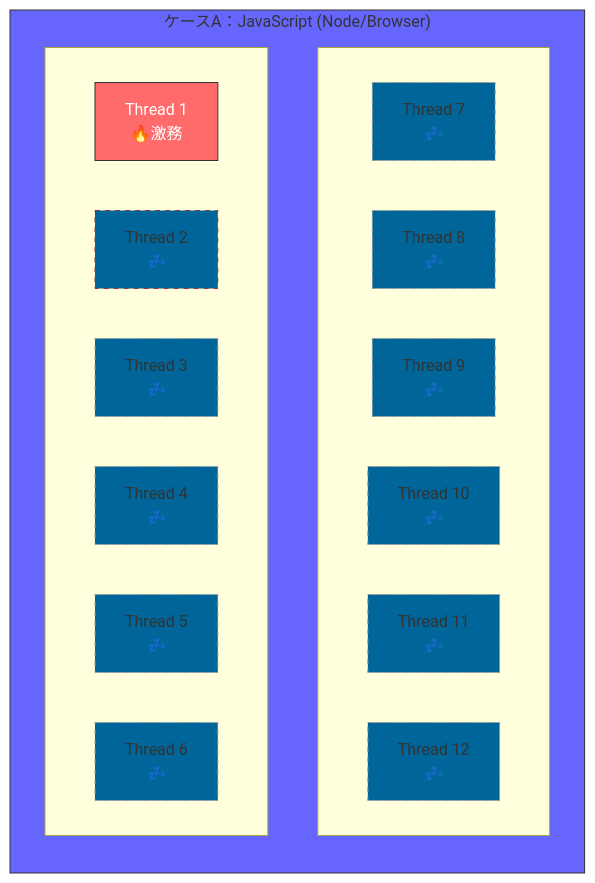
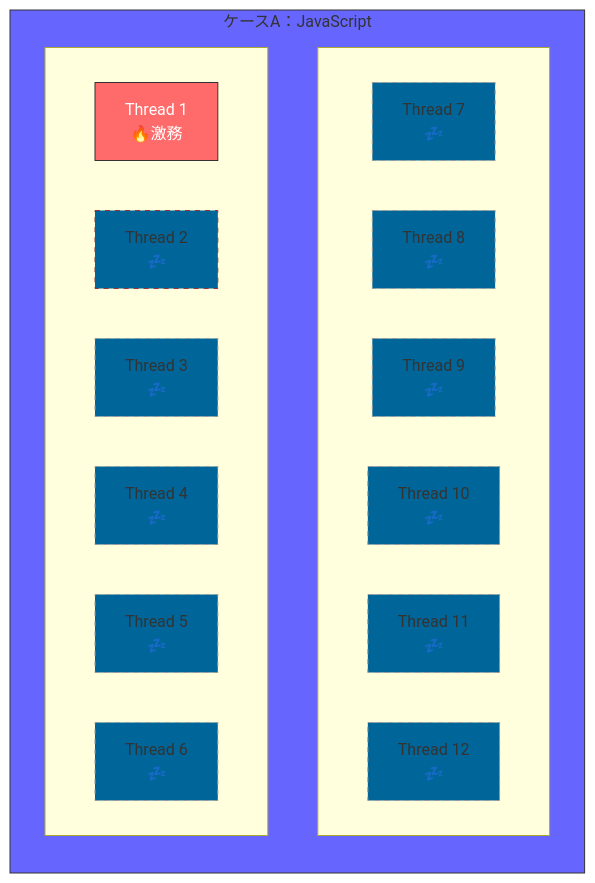
The fourth of 6 diagrams in D01.md (komiyamma/site_ichika_study_async_await_fetch), drawn with Mermaid before and after one commit.

Commit message:
fix: JS_CPUのケース名を簡略化 D01.mdのJS_CPUのケース名を「JavaScript (Node/Browser)」から「JavaScript」に変更しました。

````diff
--- a/D01.md
+++ b/D01.md
@@ -258,43 +258,43 @@
 ```mermaid
 graph TB
-    subgraph JS_CPU["ケースA：JavaScript (Node/Browser)"]
+    subgraph JS_CPU["ケースA：JavaScript"]
         direction TB
         style JS_CPU fill:#66f,stroke:#333,stroke-width:1px
 
         %% 2段目（横並び6つ）
         subgraph ROW2[ ]
             direction LR
             J7["Thread 7<br>💤"]
             J8["Thread 8<br>💤"]
             J9["Thread 9<br>💤"]
             J10["Thread 10<br>💤"]
             J11["Thread 11<br>💤"]
             J12["Thread 12<br>💤"]
         end
 
         %% 1段目（横並び6つ）
         subgraph ROW1[ ]
             direction LR
             J1["Thread 1<br>🔥激務"]
             J2["Thread 2<br>💤"]
             J3["Thread 3<br>💤"]
             J4["Thread 4<br>💤"]
             J5["Thread 5<br>💤"]
             J6["Thread 6<br>💤"]
         end
 
 
         style J1 fill:#ff6b6b,stroke:#333,color:white
         style J2 fill:#069,stroke:#933,stroke-dasharray:5 5
         style J3 fill:#069,stroke:#999,stroke-dasharray:5 5
         style J4 fill:#069,stroke:#999,stroke-dasharray:5 5
         style J5 fill:#069,stroke:#999,stroke-dasharray:5 5
         style J6 fill:#069,stroke:#999,stroke-dasharray:5 5
         style J7 fill:#069,stroke:#999,stroke-dasharray:5 5
         style J8 fill:#069,stroke:#999,stroke-dasharray:5 5
         style J9 fill:#069,stroke:#999,stroke-dasharray:5 5
         style J10 fill:#069,stroke:#999,stroke-dasharray:5 5
         style J11 fill:#069,stroke:#999,stroke-dasharray:5 5
         style J12 fill:#069,stroke:#999,stroke-dasharray:5 5
     end
 ```
````
